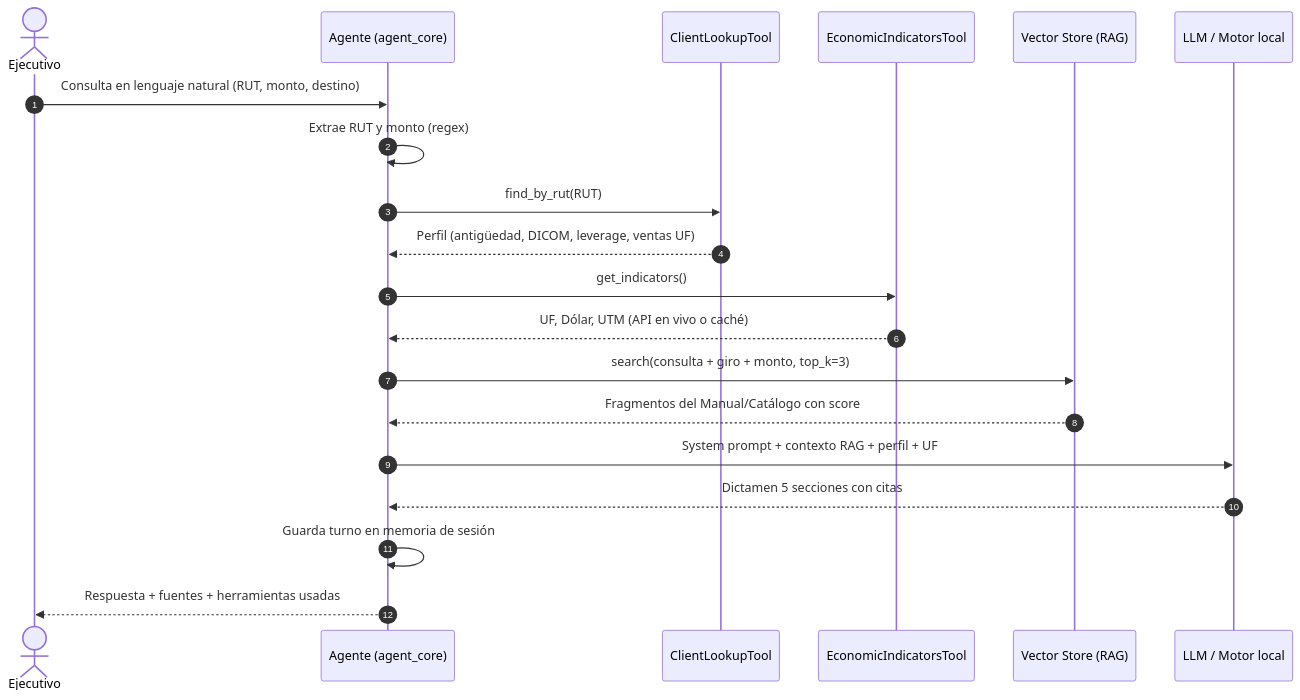
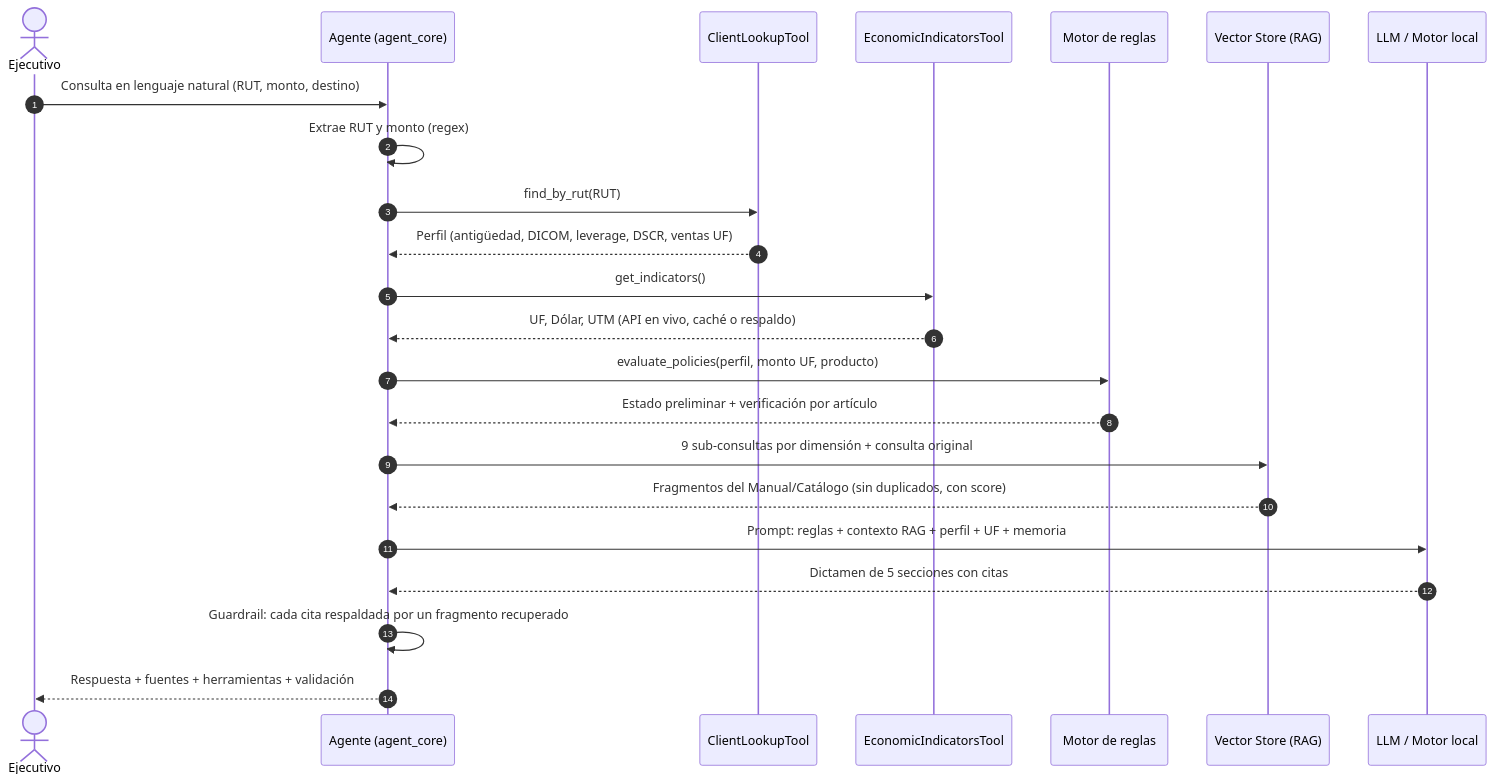
The diagram in docs/diagramas/flujo_rag.mmd (nelscarrasco/PYME-Advisor_ISY0101_BancoEstado), drawn with Mermaid before and after one commit. The commit also changed 28 other files, not shown here.

First line of the commit message:
Motor de reglas, RAG multi-consulta, guardrail de citas y evaluación IE6

```diff
--- a/docs/diagramas/flujo_rag.mmd
+++ b/docs/diagramas/flujo_rag.mmd
@@ -1,20 +1,23 @@
 sequenceDiagram
     autonumber
     actor E as Ejecutivo
     participant A as Agente (agent_core)
     participant C as ClientLookupTool
     participant I as EconomicIndicatorsTool
+    participant R as Motor de reglas
     participant V as Vector Store (RAG)
     participant G as LLM / Motor local
     E->>A: Consulta en lenguaje natural (RUT, monto, destino)
     A->>A: Extrae RUT y monto (regex)
     A->>C: find_by_rut(RUT)
-    C-->>A: Perfil (antigüedad, DICOM, leverage, ventas UF)
+    C-->>A: Perfil (antigüedad, DICOM, leverage, DSCR, ventas UF)
     A->>I: get_indicators()
-    I-->>A: UF, Dólar, UTM (API en vivo o caché)
-    A->>V: search(consulta + giro + monto, top_k=3)
-    V-->>A: Fragmentos del Manual/Catálogo con score
-    A->>G: System prompt + contexto RAG + perfil + UF
-    G-->>A: Dictamen 5 secciones con citas
-    A->>A: Guarda turno en memoria de sesión
-    A-->>E: Respuesta + fuentes + herramientas usadas
+    I-->>A: UF, Dólar, UTM (API en vivo, caché o respaldo)
+    A->>R: evaluate_policies(perfil, monto UF, producto)
+    R-->>A: Estado preliminar + verificación por artículo
+    A->>V: 9 sub-consultas por dimensión + consulta original
+    V-->>A: Fragmentos del Manual/Catálogo (sin duplicados, con score)
+    A->>G: Prompt: reglas + contexto RAG + perfil + UF + memoria
+    G-->>A: Dictamen de 5 secciones con citas
+    A->>A: Guardrail: cada cita respaldada por un fragmento recuperado
+    A-->>E: Respuesta + fuentes + herramientas + validación
```
